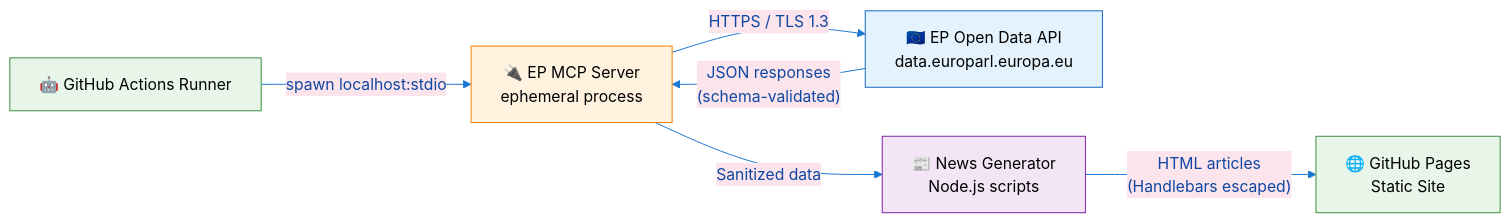
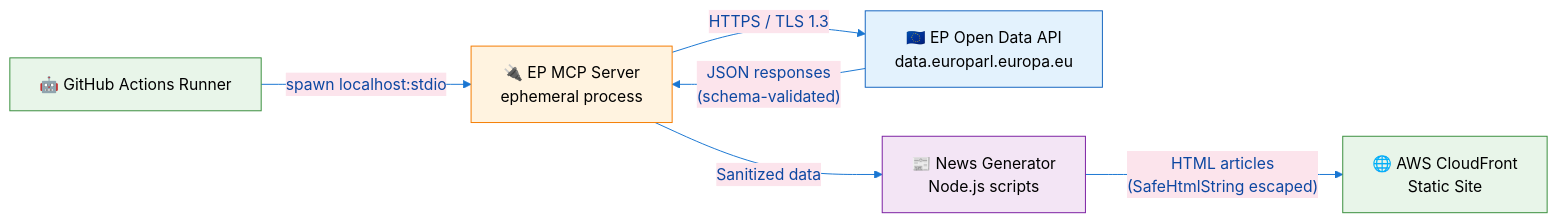
Before and after one commit to Hack23/euparliamentmonitor: the sixth of 14 diagrams in THREAT_MODEL.md, drawn with Mermaid. The commit also changed other lines of this file, not shown here.

Commit message:
docs(threat-model): fix Handlebars→SafeHtmlString, GitHub Pages→CloudFront/S3, catalog T-030, bump v2.4

````diff
--- a/THREAT_MODEL.md
+++ b/THREAT_MODEL.md
@@ -585,31 +585,31 @@
 ```mermaid
 %%{
   init: {
     'theme': 'base',
     'themeVariables': {
       'primaryColor': '#e3f2fd',
       'primaryTextColor': '#0d47a1',
       'lineColor': '#1976d2',
       'secondaryColor': '#fce4ec'
     }
   }
 }%%
 flowchart LR
     GHA[🤖 GitHub Actions Runner]
     MCP[🔌 EP MCP Server\nephemeral process]
     EPA[🇪🇺 EP Open Data API\ndata.europarl.europa.eu]
     NG[📰 News Generator\nNode.js scripts]
-    GHP[🌐 GitHub Pages\nStatic Site]
+    GHP[🌐 AWS CloudFront\nStatic Site]
 
     GHA -->|"spawn localhost:stdio"| MCP
     MCP -->|"HTTPS / TLS 1.3"| EPA
     EPA -->|"JSON responses\n(schema-validated)"| MCP
     MCP -->|"Sanitized data"| NG
-    NG -->|"HTML articles\n(Handlebars escaped)"| GHP
+    NG -->|"HTML articles\n(SafeHtmlString escaped)"| GHP
 
     style GHA fill:#e8f5e9,stroke:#388e3c,color:#000
     style MCP fill:#fff3e0,stroke:#f57c00,color:#000
     style EPA fill:#e3f2fd,stroke:#1565c0,color:#000
     style NG fill:#f3e5f5,stroke:#7b1fa2,color:#000
     style GHP fill:#e8f5e9,stroke:#388e3c,color:#000
 ```
````
